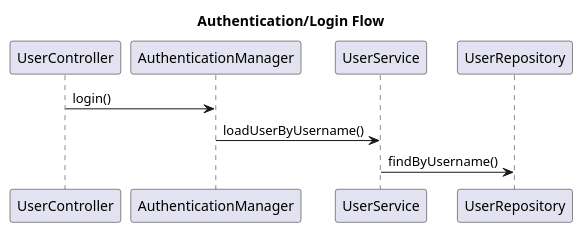
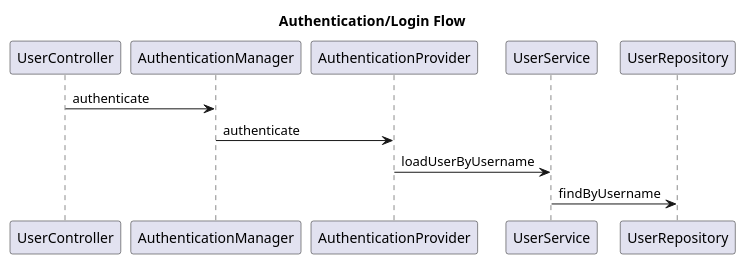
The second of 6 diagrams in identityprovider/documentation/detaileddesign.adoc (Dinesh-s95/AutoDoc.ai), drawn with PlantUML before and after one commit. The commit also changed other lines of this file and 16 other files, not shown here.

```diff
--- a/identityprovider/documentation/detaileddesign.adoc
+++ b/identityprovider/documentation/detaileddesign.adoc
@@ -87,8 +195,8 @@
 [plantuml, runtime-view]
 ----
 title Authentication/Login Flow
-
-UserController -> AuthenticationManager: login()
-AuthenticationManager -> UserService: loadUserByUsername()
-UserService -> UserRepository: findByUsername()
+UserController -> AuthenticationManager: authenticate
+AuthenticationManager -> AuthenticationProvider: authenticate
+AuthenticationProvider -> UserService: loadUserByUsername
+UserService -> UserRepository: findByUsername
 ----
```
